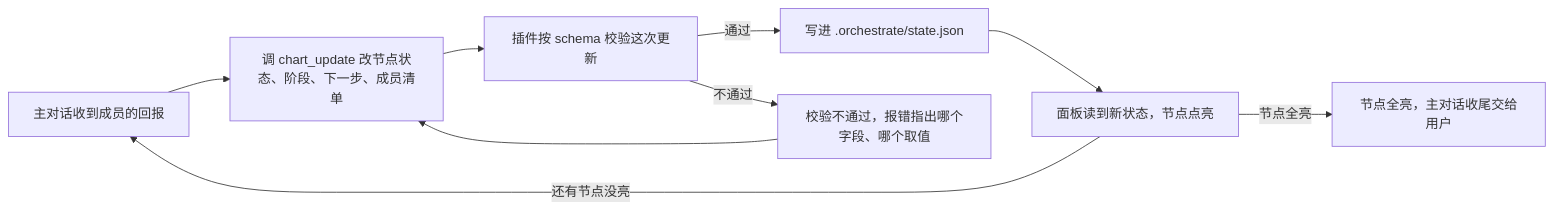
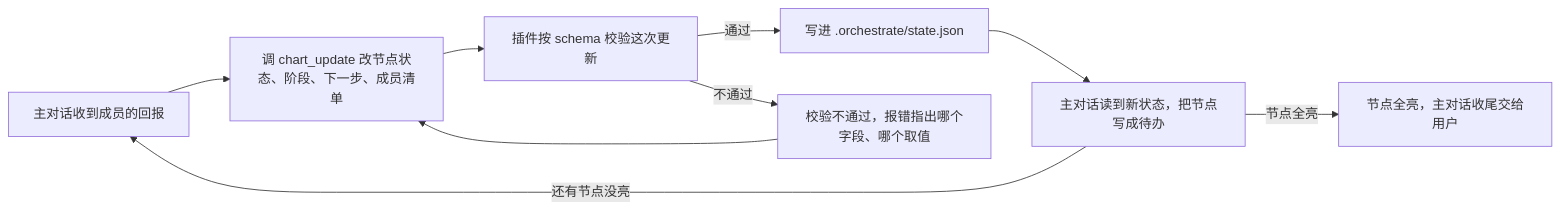
Before and after one commit to LMQ00/dsh-method: the diagram in .spec/flows/progress.md, drawn with Mermaid. The commit also changed other lines of this file and 14 other files, not shown here.

First line of the commit message:
feat!: 去掉面板、手机镜像与「图」的说法，方案只以数据存在

````diff
--- a/.spec/flows/progress.md
+++ b/.spec/flows/progress.md
@@ -5,18 +5,18 @@
 ```mermaid
 flowchart LR
   p1["主对话收到成员的回报"]
   p2["调 chart_update 改节点状态、阶段、下一步、成员清单"]
   p3["插件按 schema 校验这次更新"]
   p4["校验不通过，报错指出哪个字段、哪个取值"]
   p5["写进 .orchestrate/state.json"]
-  p6["面板读到新状态，节点点亮"]
+  p6["主对话读到新状态，把节点写成待办"]
   p7["节点全亮，主对话收尾交给用户"]
   p1 --> p2
   p2 --> p3
   p3 -->|通过| p5
   p3 -->|不通过| p4
   p4 --> p2
   p5 --> p6
   p6 -->|还有节点没亮| p1
   p6 -->|节点全亮| p7
 ```
````
